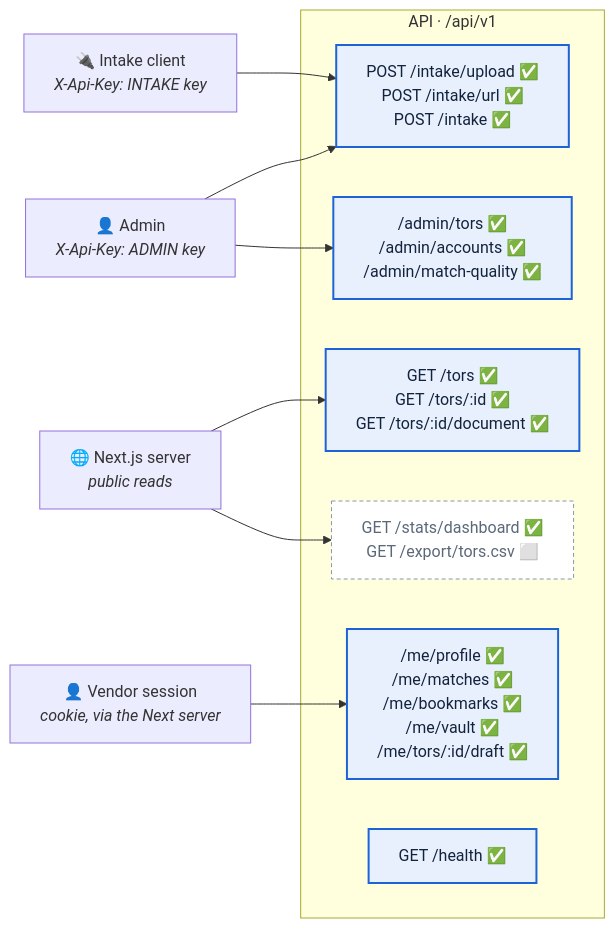
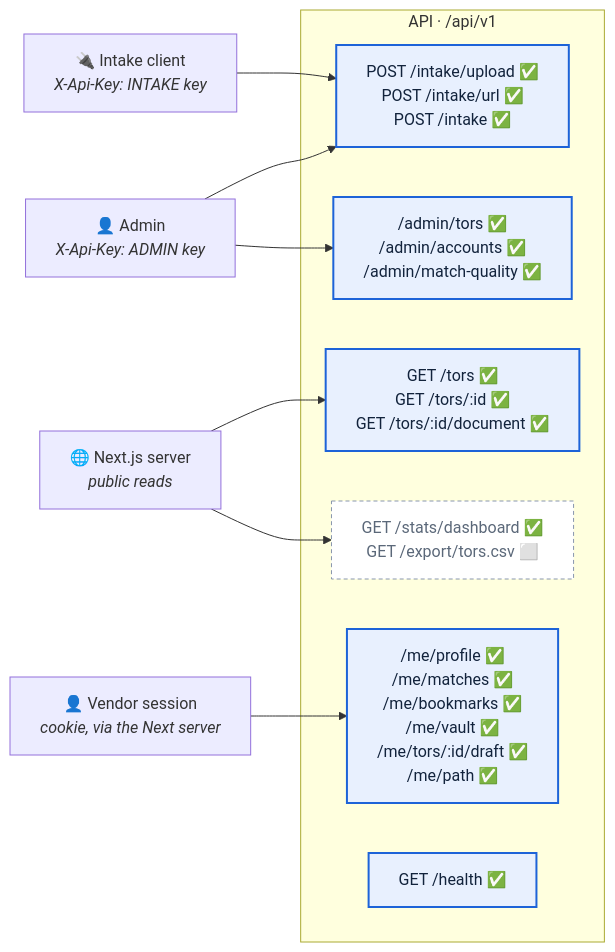
Before and after one commit to TORMomentum/Momentum: the first of 2 diagrams in docs/API.md, drawn with Mermaid. The commit also changed other lines of this file and 4 other files, not shown here.

````diff
--- a/docs/API.md
+++ b/docs/API.md
@@ -19,28 +19,28 @@
 ```mermaid
 flowchart LR
     admin["👤 Admin<br/><i>X-Api-Key: ADMIN key</i>"]
     partner["🔌 Intake client<br/><i>X-Api-Key: INTAKE key</i>"]
     web["🌐 Next.js server<br/><i>public reads</i>"]
     vendor["👤 Vendor session<br/><i>cookie, via the Next server</i>"]
 
     subgraph api["API · /api/v1"]
         intake["POST /intake/upload ✅<br/>POST /intake/url ✅<br/>POST /intake ✅"]
         read["GET /tors ✅<br/>GET /tors/:id ✅<br/>GET /tors/:id/document ✅"]
         stats["GET /stats/dashboard ✅<br/>GET /export/tors.csv ⬜"]
-        me["/me/profile ✅<br/>/me/matches ✅<br/>/me/bookmarks ✅<br/>/me/vault ✅<br/>/me/tors/:id/draft ✅"]
+        me["/me/profile ✅<br/>/me/matches ✅<br/>/me/bookmarks ✅<br/>/me/vault ✅<br/>/me/tors/:id/draft ✅<br/>/me/path ✅"]
         adminq["/admin/tors ✅<br/>/admin/accounts ✅<br/>/admin/match-quality ✅"]
         health["GET /health ✅"]
     end
 
     admin --> intake
     admin --> adminq
     partner --> intake
     web --> read
     web --> stats
     vendor --> me
 
     classDef built fill:#e8f0fe,stroke:#1d63d8,color:#12233c,stroke-width:2px
     classDef planned fill:#fff,stroke:#8896ad,color:#5b6879,stroke-dasharray:4 3
     class intake,health,read,me,adminq built
     class stats planned
 ```
````
